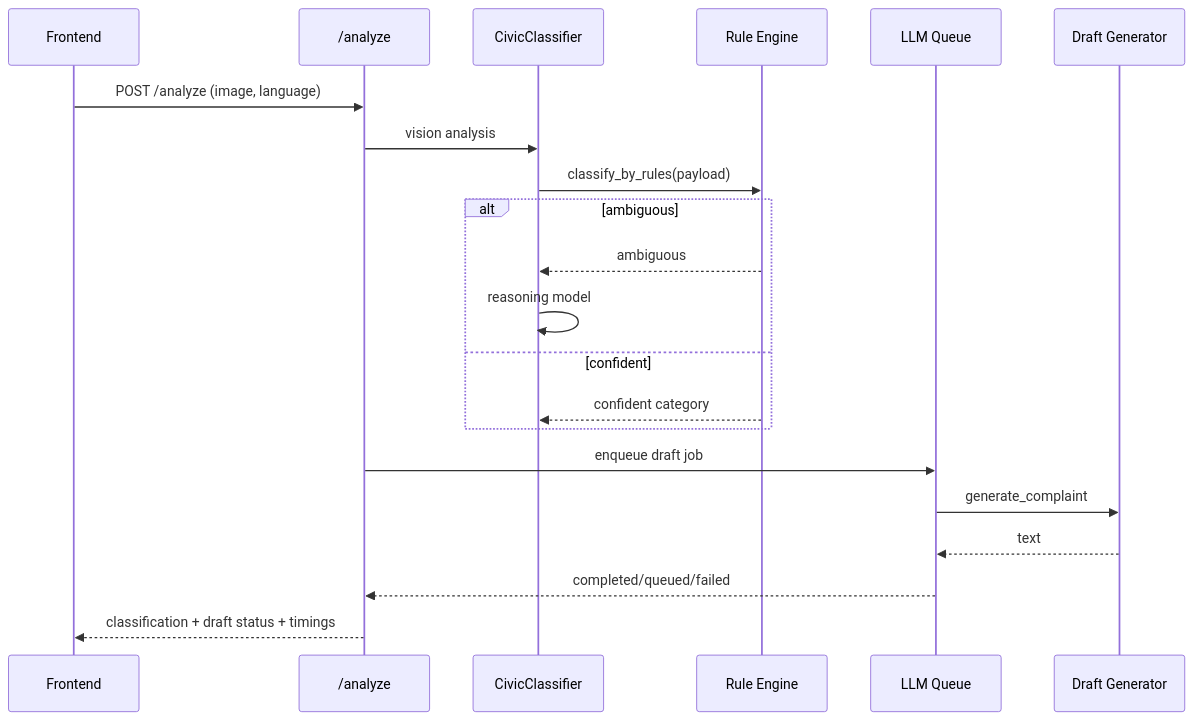
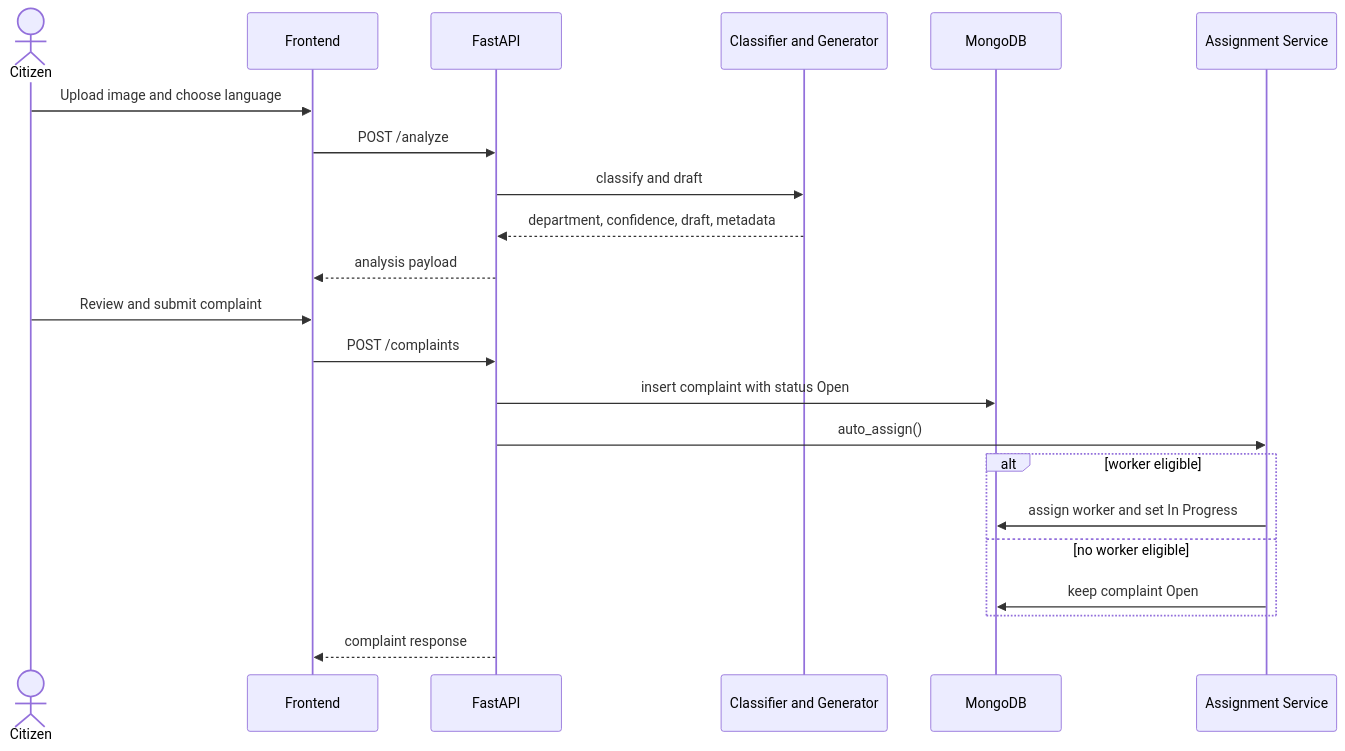
One commit to ark5234/Jan-Sunwai-AI changed the third of 15 diagrams in docs/reports/PROJECT_REPORT.md. Above: the diagram before and after it, drawn with Mermaid. The commit also changed other lines of this file, not shown here.

Commit message:
docs: restructure PROJECT_REPORT.md for clarity and detail; enhance sections on problem statement, objectives, and system architecture

````diff
--- a/docs/reports/PROJECT_REPORT.md
+++ b/docs/reports/PROJECT_REPORT.md
@@ -112,26 +147,28 @@
 ```mermaid
 sequenceDiagram
+    actor Citizen
     participant FE as Frontend
-    participant API as /analyze
-    participant Classifier as CivicClassifier
-    participant Rule as Rule Engine
-    participant Queue as LLM Queue
-    participant Generator as Draft Generator
+    participant API as FastAPI
+    participant AI as Classifier and Generator
+    participant DB as MongoDB
+    participant AS as Assignment Service
 
-    FE->>API: POST /analyze (image, language)
-    API->>Classifier: vision analysis
-    Classifier->>Rule: classify_by_rules(payload)
+    Citizen->>FE: Upload image and choose language
+    FE->>API: POST /analyze
+    API->>AI: classify and draft
+    AI-->>API: department, confidence, draft, metadata
+    API-->>FE: analysis payload
 
-    alt ambiguous
-        Rule-->>Classifier: ambiguous
-        Classifier->>Classifier: reasoning model
-    else confident
-        Rule-->>Classifier: confident category
+    Citizen->>FE: Review and submit complaint
+    FE->>API: POST /complaints
+    API->>DB: insert complaint with status Open
+    API->>AS: auto_assign()
+
+    alt worker eligible
+        AS->>DB: assign worker and set In Progress
+    else no worker eligible
+        AS->>DB: keep complaint Open
     end
 
-    API->>Queue: enqueue draft job
-    Queue->>Generator: generate_complaint
-    Generator-->>Queue: text
-    Queue-->>API: completed/queued/failed
-    API-->>FE: classification + draft status + timings
+    API-->>FE: complaint response
 ```
````
